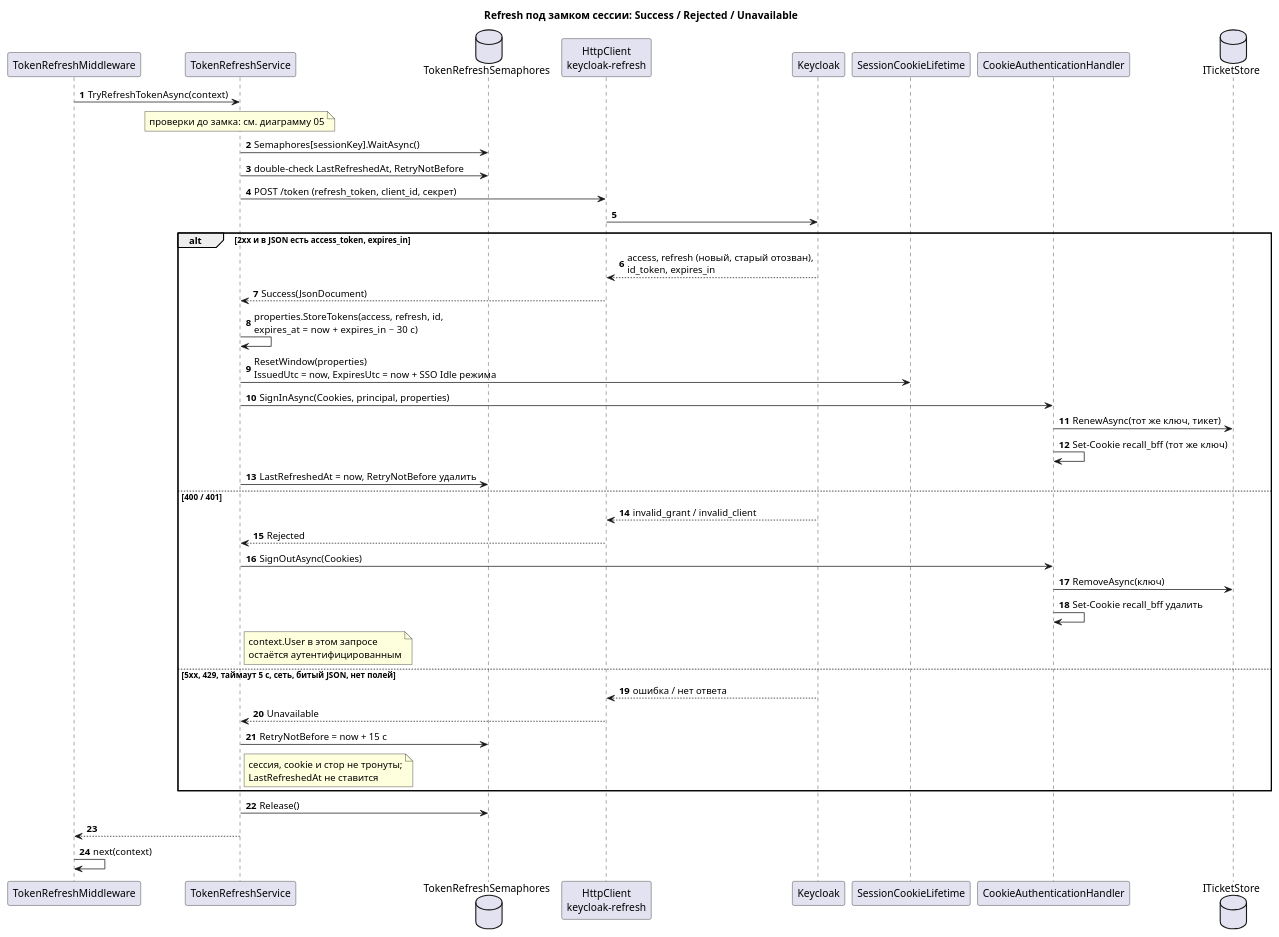
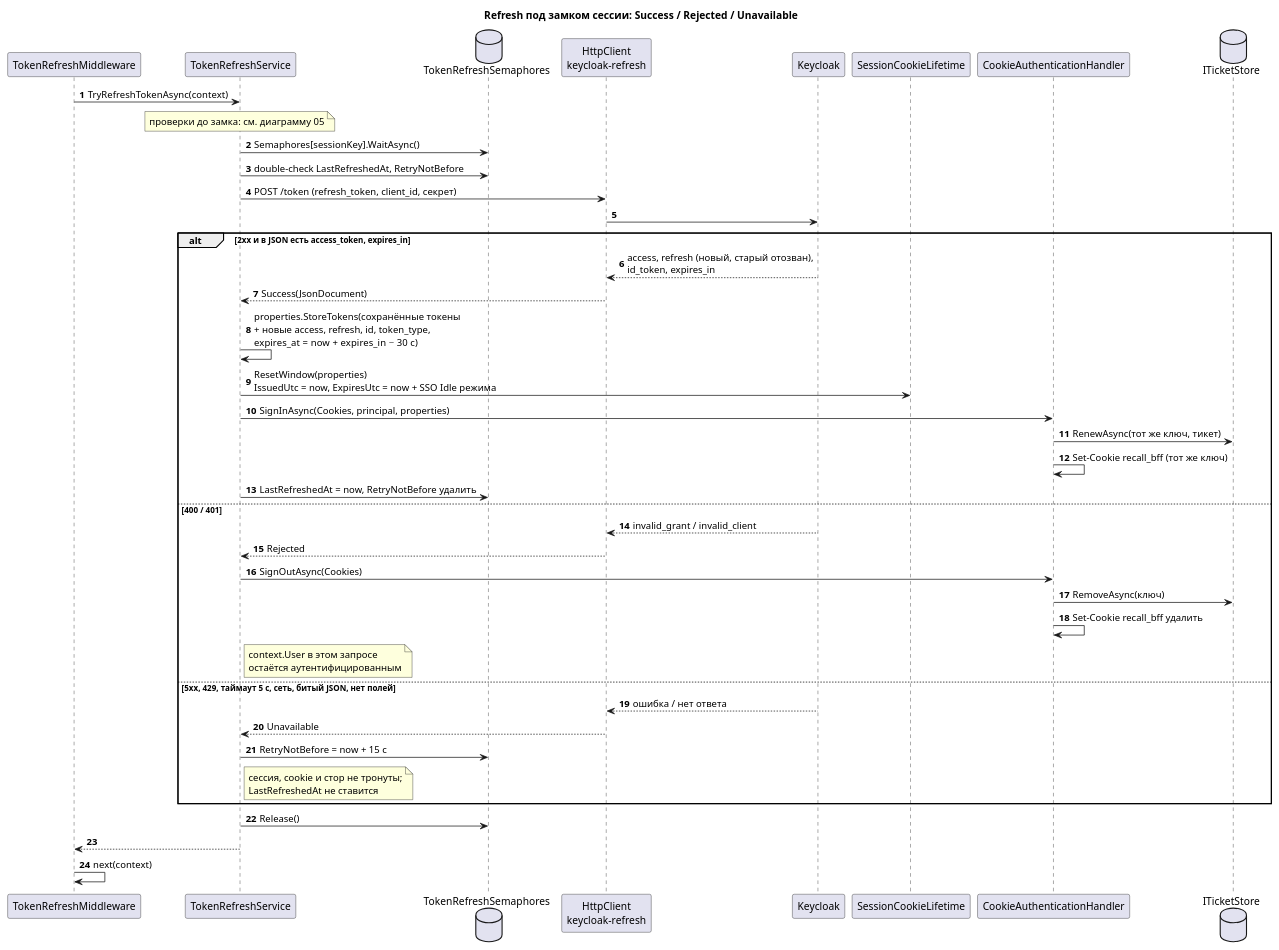
One commit to itacademy-edms-team/24_3_DNDE changed the diagram in RecallApp/docs/diagrams/bff-session - 06 refresh исходы.puml. Above: the diagram before and after it, drawn with PlantUML. The commit also changed 4 other files, not shown here.

Commit message:
docs(bff): record unified expires_at rule and token_type fix

```diff
--- a/RecallApp/docs/diagrams/bff-session - 06 refresh исходы.puml
+++ b/RecallApp/docs/diagrams/bff-session - 06 refresh исходы.puml
@@ -1,48 +1,48 @@
 @startuml bff-session-06-refresh-исходы
 title Refresh под замком сессии: Success / Rejected / Unavailable
 
 skinparam shadowing false
 autonumber
 
 participant "TokenRefreshMiddleware" as TR
 participant "TokenRefreshService" as T
 database "TokenRefreshSemaphores" as SM
 participant "HttpClient\nkeycloak-refresh" as H
 participant "Keycloak" as K
 participant "SessionCookieLifetime" as L
 participant "CookieAuthenticationHandler" as CH
 database "ITicketStore" as S
 
 TR -> T : TryRefreshTokenAsync(context)
 note over T : проверки до замка: см. диаграмму 05
 T -> SM : Semaphores[sessionKey].WaitAsync()
 T -> SM : double-check LastRefreshedAt, RetryNotBefore
 T -> H : POST /token (refresh_token, client_id, секрет)
 H -> K
 alt 2xx и в JSON есть access_token, expires_in
   K --> H : access, refresh (новый, старый отозван),\nid_token, expires_in
   H --> T : Success(JsonDocument)
-  T -> T : properties.StoreTokens(access, refresh, id,\nexpires_at = now + expires_in − 30 с)
+  T -> T : properties.StoreTokens(сохранённые токены\n+ новые access, refresh, id, token_type,\nexpires_at = now + expires_in − 30 с)
   T -> L : ResetWindow(properties)\nIssuedUtc = now, ExpiresUtc = now + SSO Idle режима
   T -> CH : SignInAsync(Cookies, principal, properties)
   CH -> S : RenewAsync(тот же ключ, тикет)
   CH -> CH : Set-Cookie recall_bff (тот же ключ)
   T -> SM : LastRefreshedAt = now, RetryNotBefore удалить
 else 400 / 401
   K --> H : invalid_grant / invalid_client
   H --> T : Rejected
   T -> CH : SignOutAsync(Cookies)
   CH -> S : RemoveAsync(ключ)
   CH -> CH : Set-Cookie recall_bff удалить
   note right of T : context.User в этом запросе\nостаётся аутентифицированным
 else 5xx, 429, таймаут 5 с, сеть, битый JSON, нет полей
   K --> H : ошибка / нет ответа
   H --> T : Unavailable
   T -> SM : RetryNotBefore = now + 15 с
   note right of T : сессия, cookie и стор не тронуты;\nLastRefreshedAt не ставится
 end
 T -> SM : Release()
 T --> TR
 TR -> TR : next(context)
 
 @enduml
```
